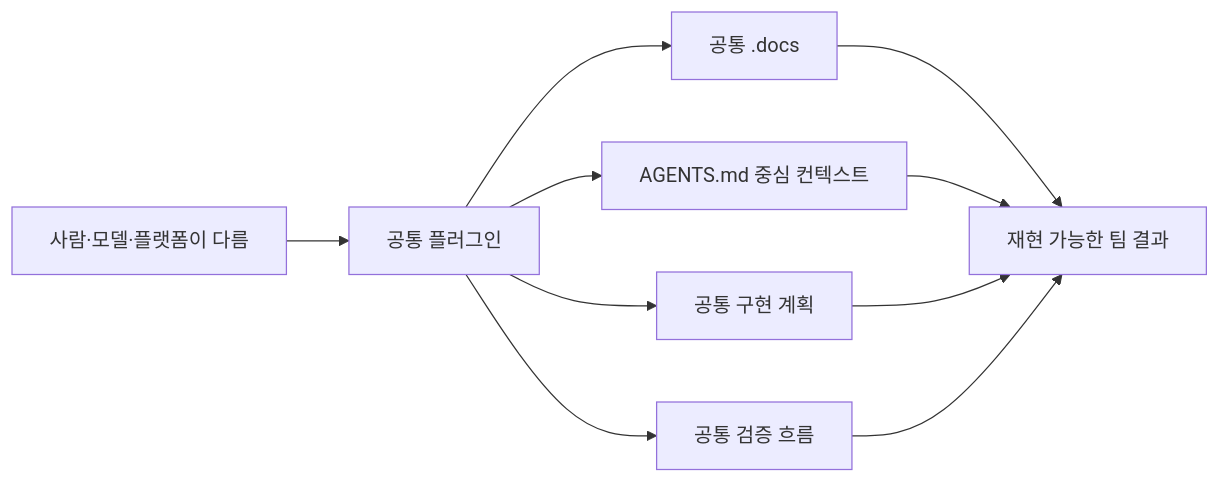
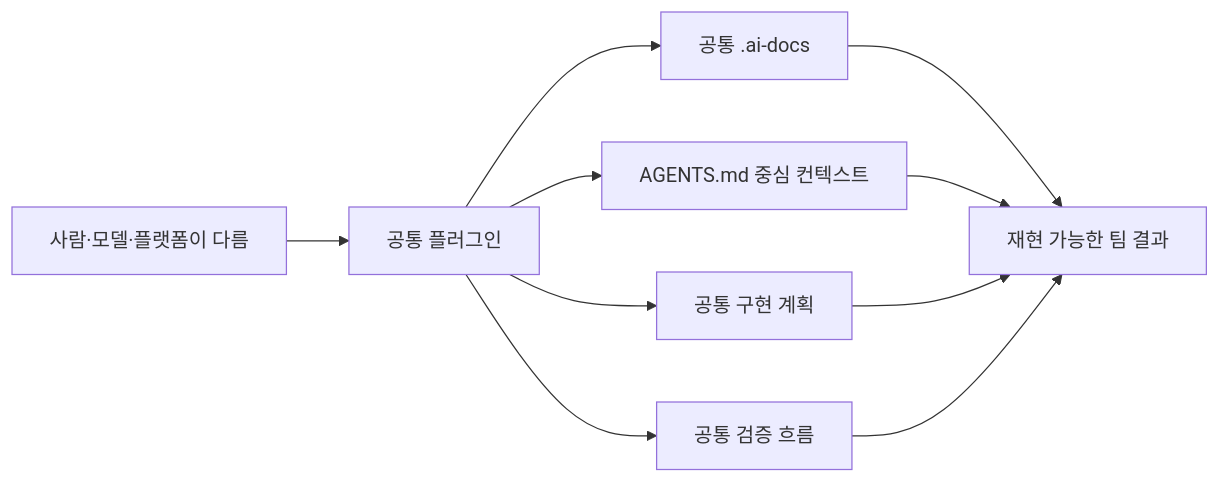
One commit to hb9397/ai-agent-harness-docs changed the third of 5 diagrams in .user-docs/Harness_Engineering_Intro.md. Above: the diagram before and after it, drawn with Mermaid. The commit also changed other lines of this file and 5 other files, not shown here.

````diff
--- a/.user-docs/Harness_Engineering_Intro.md
+++ b/.user-docs/Harness_Engineering_Intro.md
@@ -99,12 +99,12 @@
 ```mermaid
 flowchart LR
     A["사람·모델·플랫폼이 다름"] --> B["공통 플러그인"]
-    B --> C["공통 .docs"]
+    B --> C["공통 .ai-docs"]
     B --> D["AGENTS.md 중심 컨텍스트"]
     B --> E["공통 구현 계획"]
     B --> F["공통 검증 흐름"]
     C --> G["재현 가능한 팀 결과"]
     D --> G
     E --> G
     F --> G
 ```
````
